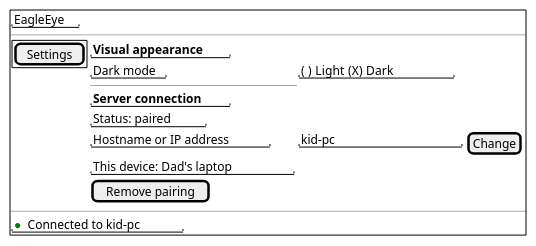
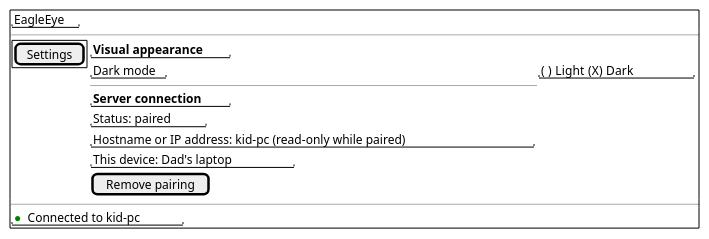
The fourth of 6 diagrams in 02_Implementation/docs/requirements/user-stories/US-002/user-story.md (adlemich/EagleEye), drawn with PlantUML before and after one commit. The commit also changed other lines of this file, not shown here.

````diff
--- a/02_Implementation/docs/requirements/user-stories/US-002/user-story.md
+++ b/02_Implementation/docs/requirements/user-stories/US-002/user-story.md
@@ -162,25 +177,25 @@
 ```plantuml
 @startsalt
 {+
   "EagleEye"
   ---
   {
     {+
       [Settings]
     } |
     {
       "<b>Visual appearance"
       "Dark mode" | "( ) Light  (X) Dark"
       ---
       "<b>Server connection"
       "Status: paired"
-      "Hostname or IP address" | "kid-pc              " | [Change]
+      "Hostname or IP address: kid-pc (read-only while paired)"
       "This device: Dad's laptop"
       [Remove pairing]
     }
   }
   ---
   "<color:green>●</color> Connected to kid-pc"
 }
 @endsalt
 ```
````
